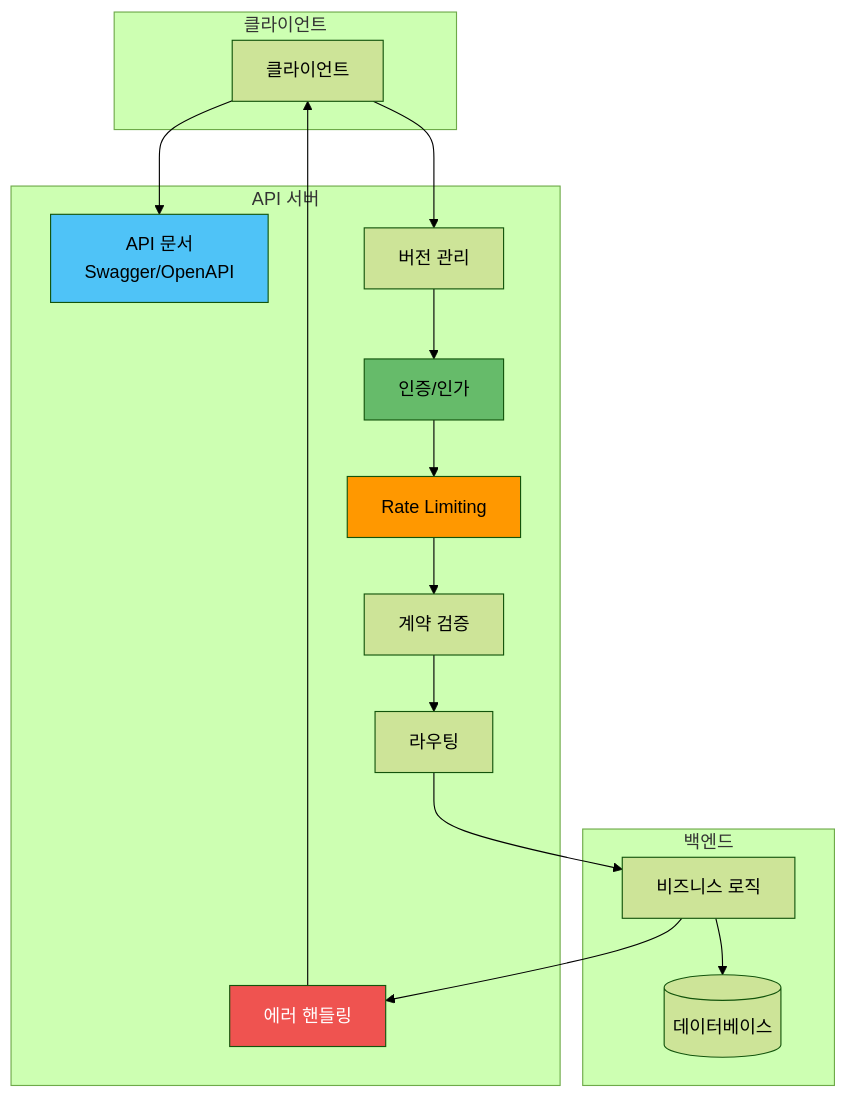
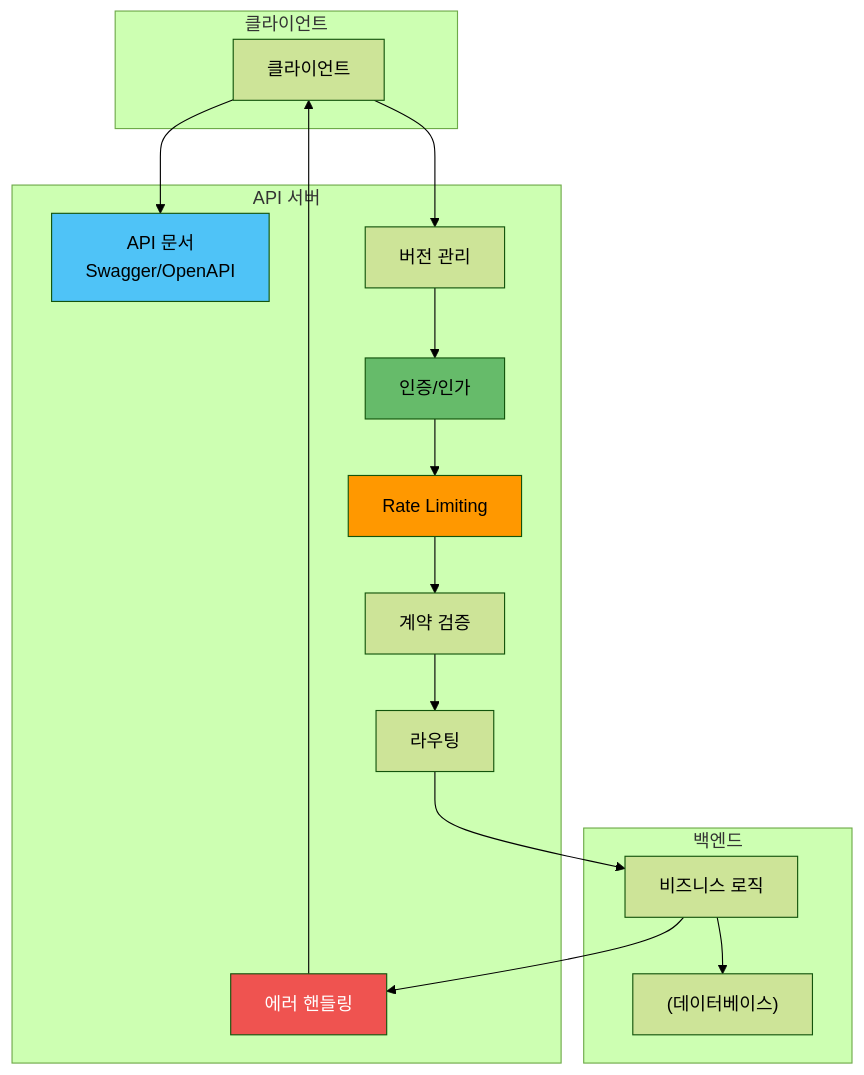
Before and after one commit to GYUTORY/YGSTUDY: diagram 15 of 15 in Develop/Framework/Node/API/API_설계_원칙.md, drawn with Mermaid (forest theme). The commit also changed other lines of this file and 14 other files, not shown here.

````diff
--- a/Develop/Framework/Node/API/API_설계_원칙.md
+++ b/Develop/Framework/Node/API/API_설계_원칙.md
@@ -1043,37 +1043,37 @@
 ```mermaid
 graph TB
     subgraph "클라이언트"
         CLIENT[클라이언트]
     end
     
     subgraph "API 서버"
-        DOCS[API 문서<br/>Swagger/OpenAPI]
+        DOCS["API 문서<br/>Swagger/OpenAPI"]
         VERSION[버전 관리]
-        AUTH[인증/인가]
+        AUTH["인증/인가"]
         RATE[Rate Limiting]
         VALID[계약 검증]
         ROUTE[라우팅]
         ERROR[에러 핸들링]
     end
     
     subgraph "백엔드"
         SERVICE[비즈니스 로직]
-        DB[(데이터베이스)]
+        DB["(데이터베이스)"]
     end
     
     CLIENT --> DOCS
     CLIENT --> VERSION
     VERSION --> AUTH
     AUTH --> RATE
     RATE --> VALID
     VALID --> ROUTE
     ROUTE --> SERVICE
     SERVICE --> DB
     SERVICE --> ERROR
     ERROR --> CLIENT
     
     style DOCS fill:#4fc3f7
     style AUTH fill:#66bb6a
     style RATE fill:#ff9800
     style ERROR fill:#ef5350,color:#fff
 ```
````
